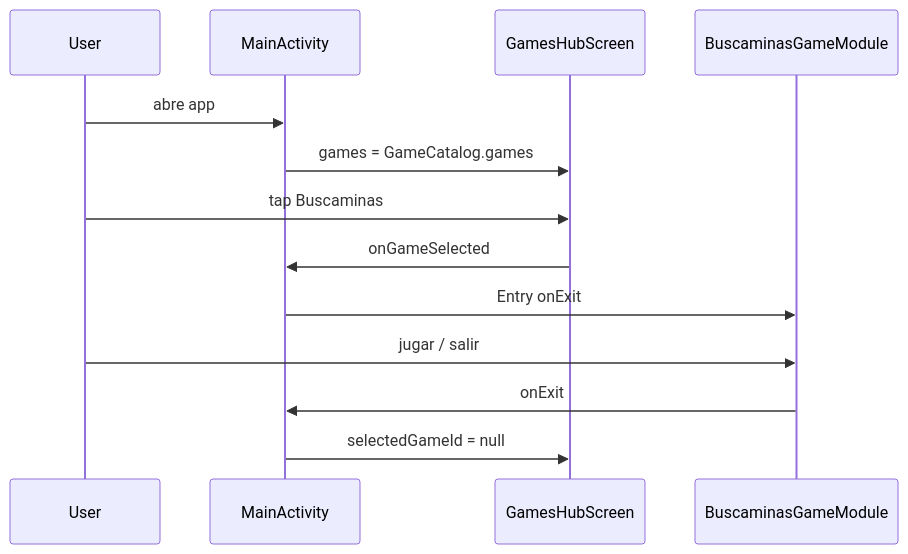
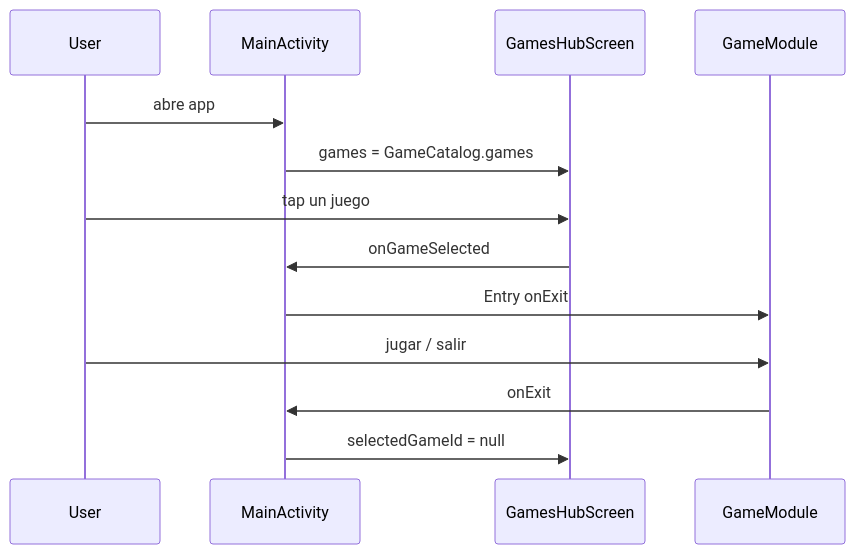
The third of 5 diagrams in docs/ESTRUCTURA.md (AlejandroHP17/MiniJuegos), drawn with Mermaid before and after one commit. The commit also changed other lines of this file and 2 other files, not shown here.

````diff
--- a/docs/ESTRUCTURA.md
+++ b/docs/ESTRUCTURA.md
@@ -58,16 +58,16 @@
 ```mermaid
 sequenceDiagram
   participant User
   participant Main as MainActivity
   participant Hub as GamesHubScreen
-  participant Game as BuscaminasGameModule
+  participant Game as GameModule
 
   User->>Main: abre app
   Main->>Hub: games = GameCatalog.games
-  User->>Hub: tap Buscaminas
+  User->>Hub: tap un juego
   Hub->>Main: onGameSelected
   Main->>Game: Entry onExit
   User->>Game: jugar / salir
   Game->>Main: onExit
   Main->>Hub: selectedGameId = null
 ```
````
